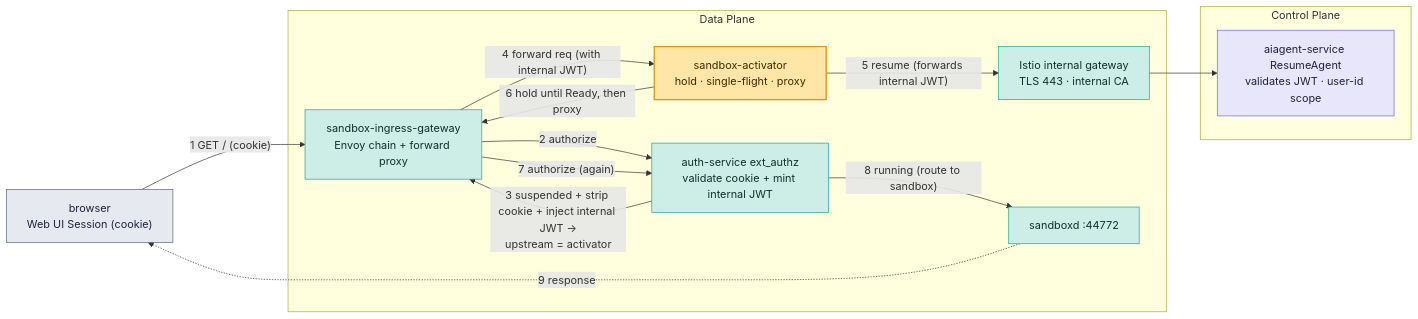
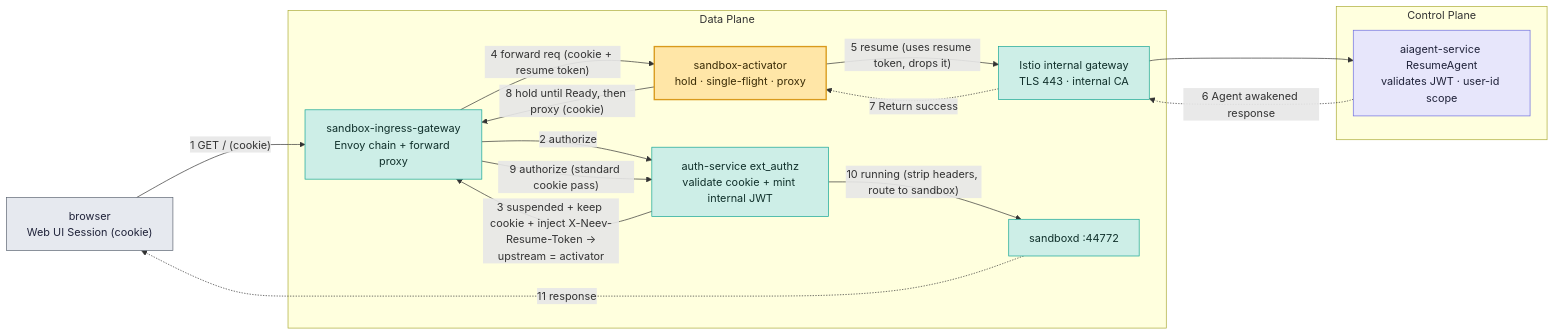
Before and after one commit to chandini1727/documentation-: the second of 3 diagrams in README.md, drawn with Mermaid. The commit also changed other lines of this file, not shown here.

````diff
--- a/README.md
+++ b/README.md
@@ -108,32 +99,34 @@
 ```mermaid
 flowchart LR
     cl["browser<br/>Web UI Session (cookie)"]:::store
 
     subgraph DP [Data Plane]
         gw["sandbox-ingress-gateway<br/>Envoy chain + forward proxy"]:::dp
         az["auth-service ext_authz<br/>validate cookie + mint internal JWT"]:::dp
         act["sandbox-activator<br/>hold · single-flight · proxy"]:::star
         igw["Istio internal gateway<br/>TLS 443 · internal CA"]:::dp
         sd["sandboxd :44772"]:::dp
     end
 
     subgraph CP [Control Plane]
         cp["aiagent-service ResumeAgent<br/>validates JWT · user-id scope"]:::cp
     end
 
     cl -->|"1 GET / (cookie)"| gw
     gw -->|"2 authorize"| az
-    az -->|"3 suspended + strip cookie + inject internal JWT →<br/>upstream = activator"| gw
-    gw -->|"4 forward req (with internal JWT)"| act
-    act -->|"5 resume (forwards internal JWT)"| igw
+    az -->|"3 suspended + keep cookie + inject X-Neev-Resume-Token →<br/>upstream = activator"| gw
+    gw -->|"4 forward req (cookie + resume token)"| act
+    act -->|"5 resume (uses resume token, drops it)"| igw
     igw --> cp
-    act -->|"6 hold until Ready, then proxy"| gw
-    gw -->|"7 authorize (again)"| az
-    az -->|"8 running (route to sandbox)"| sd
-    sd -.->|"9 response"| cl
+    cp -.->|"6 Agent awakened response"| igw
+    igw -.->|"7 Return success"| act
+    act -->|"8 hold until Ready, then proxy (cookie)"| gw
+    gw -->|"9 authorize (standard cookie pass)"| az
+    az -->|"10 running (strip headers, route to sandbox)"| sd
+    sd -.->|"11 response"| cl
 
     classDef cp fill:#e7e6fb,stroke:#6b6be0,color:#20233a
     classDef dp fill:#cdeee7,stroke:#12a594,color:#10302b
     classDef star fill:#ffe6a7,stroke:#d99a1c,stroke-width:2px,color:#3a2c07
     classDef store fill:#e6e9ef,stroke:#5b6472,color:#20233a
 ```
````
